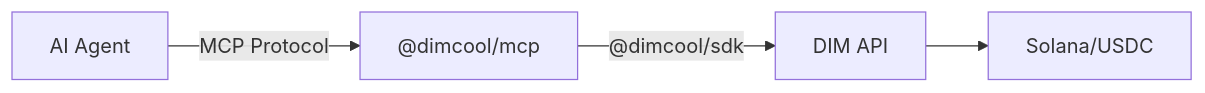
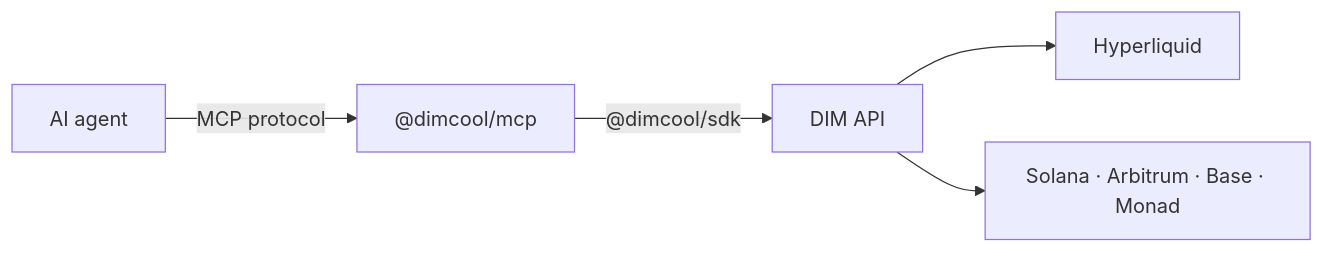
The diagram in mcp/overview.mdx (minagi-sh/docs), drawn with Mermaid before and after one commit. The commit also changed other lines of this file and 52 other files, not shown here.

````diff
--- a/mcp/overview.mdx
+++ b/mcp/overview.mdx
@@ -12,6 +12,7 @@
 ```mermaid
 flowchart LR
-    Agent[AI Agent] -->|"MCP Protocol"| MCP["@dimcool/mcp"]
+    Agent[AI agent] -->|"MCP protocol"| MCP["@dimcool/mcp"]
     MCP -->|"@dimcool/sdk"| API["DIM API"]
-    API --> Solana[Solana/USDC]
+    API --> HL[Hyperliquid]
+    API --> Chains[Solana · Arbitrum · Base · Monad]
 ```
````
